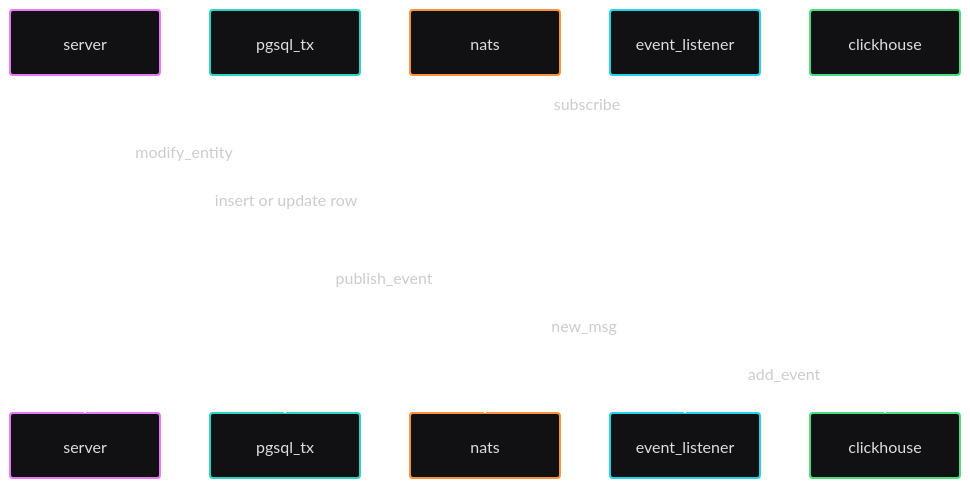
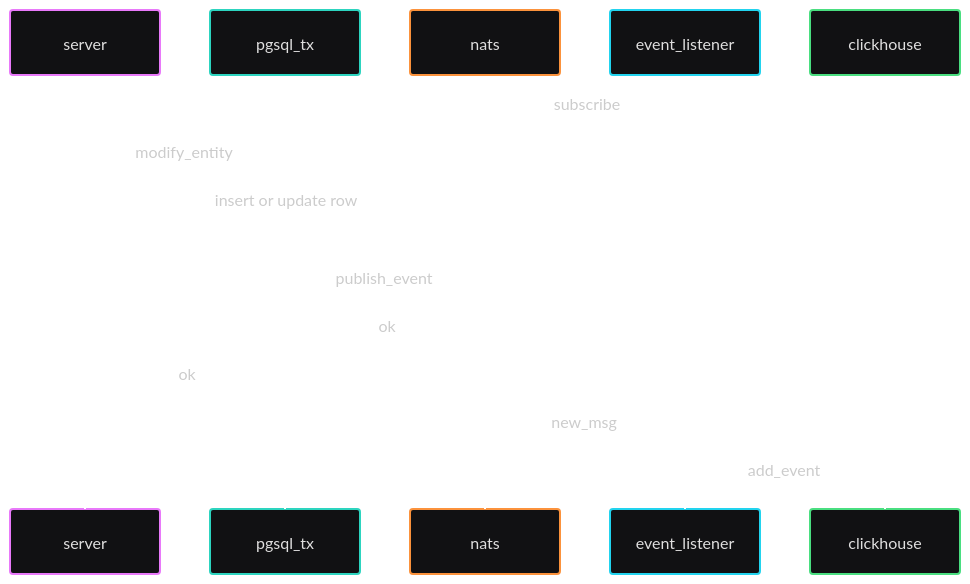
One commit to dsaime/goods-and-projects changed the diagram in README.md. Above: the diagram before and after it, drawn with Mermaid. The commit also changed other lines of this file, not shown here.

Commit message:
удалить flowchart

````diff
--- a/README.md
+++ b/README.md
@@ -29,20 +5,21 @@
 ```mermaid
 ---
 config:
   look: classic
   theme: redux-dark-color
 ---
 sequenceDiagram
-  participant Alice as server
-  participant Bob as pgsql_tx
-  participant P1 as nats
-  participant P2 as event_listener
-  participant P3 as clickhouse
-  P2 ->> P1: subscribe
-  Alice ->> Bob: modify_entity
-  Bob ->> Bob: insert or update row
-  Bob ->> P1: publish_event
-  P1 ->> P2: new_msg
-  P2 ->> P3: add_event
-
+    participant server as server
+    participant pgsql_tx as pgsql_tx
+    participant P1 as nats
+    participant P2 as event_listener
+    participant P3 as clickhouse
+    P2 ->> P1: subscribe
+    server ->> pgsql_tx: modify_entity
+    pgsql_tx ->> pgsql_tx: insert or update row
+    pgsql_tx ->> P1: publish_event
+    P1 -->> pgsql_tx: ok
+    pgsql_tx -->> server: ok
+    P1 -->> P2: new_msg
+    P2 ->> P3: add_event
 ```
````
